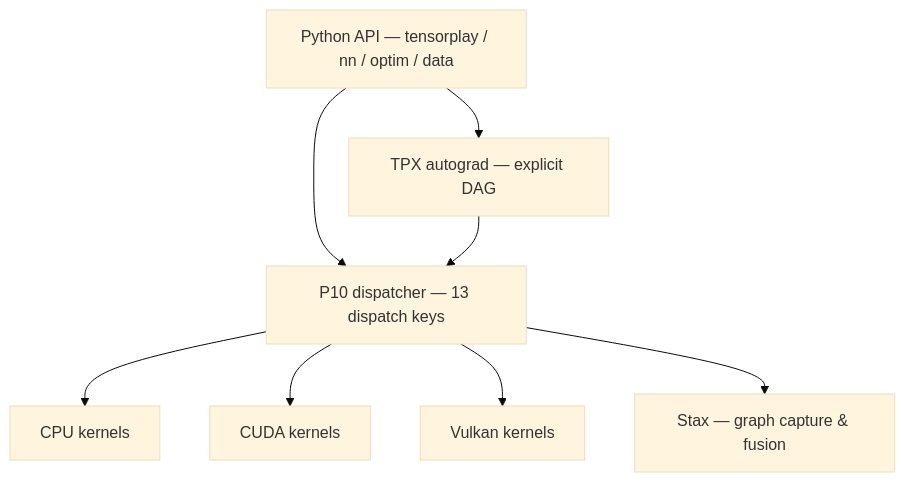
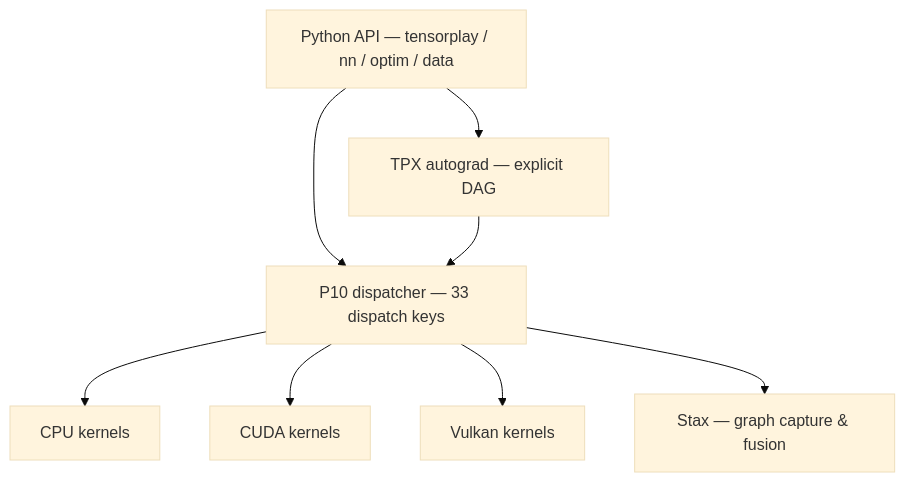
One commit to lexing-2026/TensorPlay changed the diagram in README.md. Above: the diagram before and after it, drawn with Mermaid (base theme). The commit also changed other lines of this file, not shown here.

````diff
--- a/README.md
+++ b/README.md
@@ -165,10 +170,10 @@
 ```mermaid
 flowchart TB
     py["Python API — tensorplay / nn / optim / data"] --> ag["TPX autograd — explicit DAG"]
-    py --> disp["P10 dispatcher — 13 dispatch keys"]
+    py --> disp["P10 dispatcher — 33 dispatch keys"]
     ag --> disp
     disp --> cpu["CPU kernels"]
     disp --> cuda["CUDA kernels"]
     disp --> vulkan["Vulkan kernels"]
     disp --> stax["Stax — graph capture & fusion"]
 ```
````
